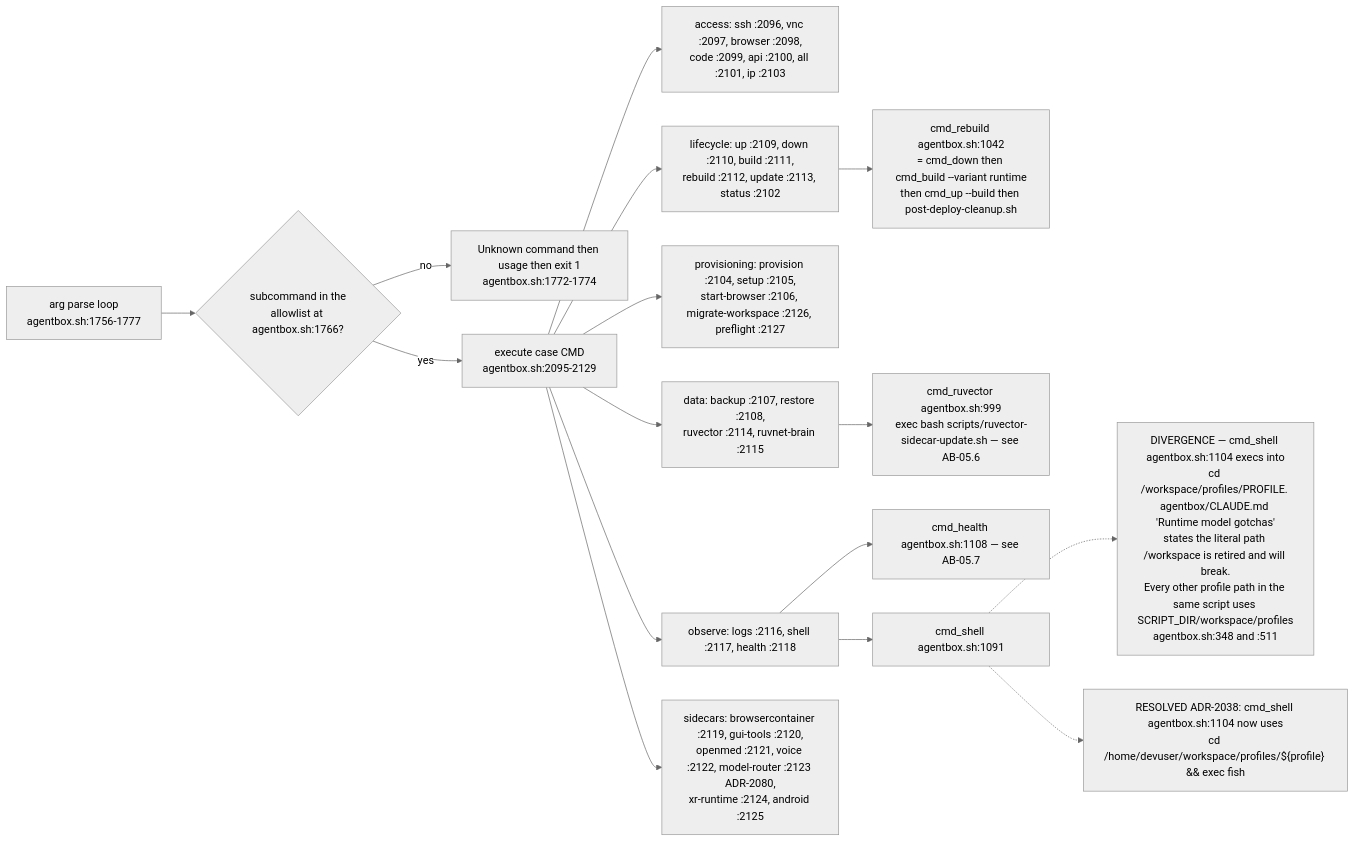
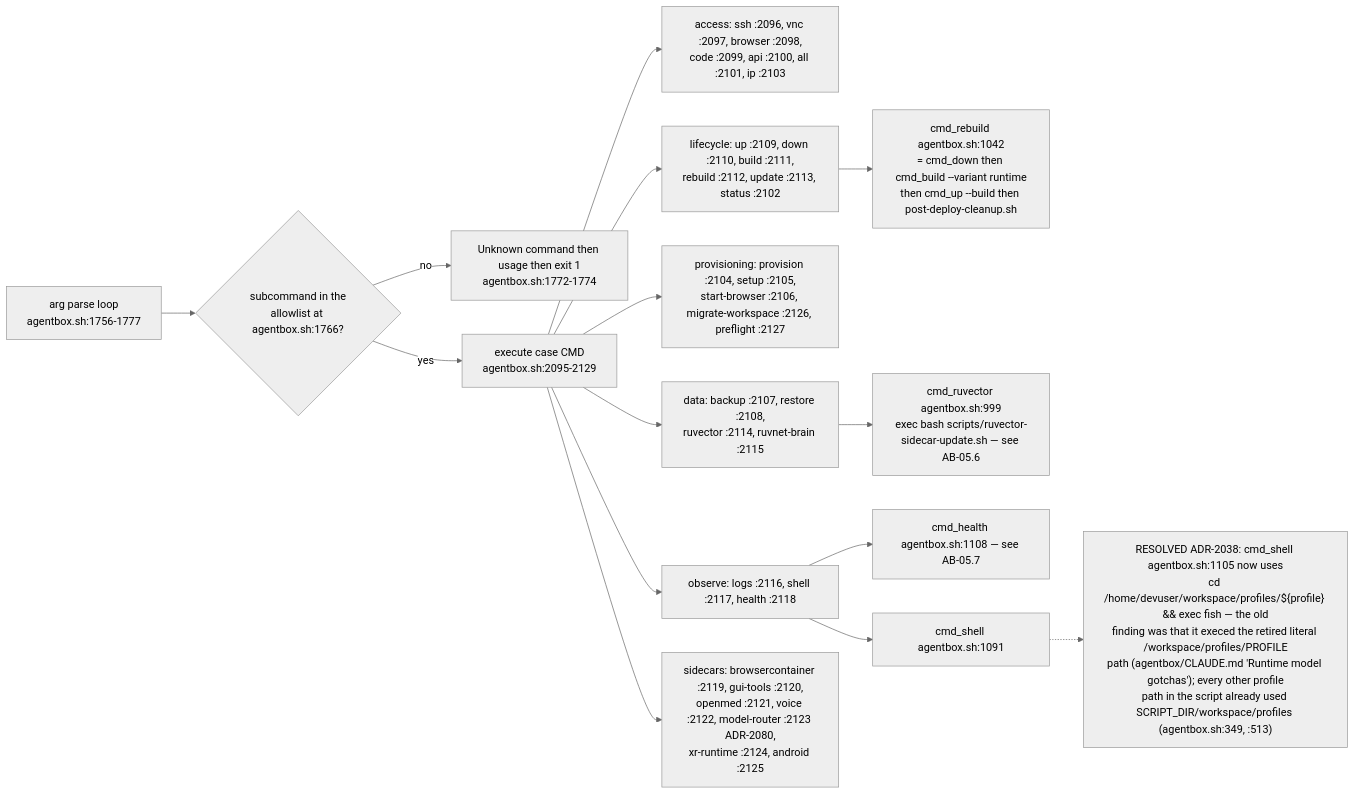
One commit to DreamLab-AI/VisionFlow changed the fifth of 12 diagrams in docs/diagrams/agentbox/05-manifest-gates-and-cli.md. Above: the diagram before and after it, drawn with Mermaid (neutral theme). The commit also changed other lines of this file and 185 other files, not shown here.

Commit message:
docs(estate): reconcile diagrams and ADRs with source and define closeout sprint

````diff
--- a/docs/diagrams/agentbox/05-manifest-gates-and-cli.md
+++ b/docs/diagrams/agentbox/05-manifest-gates-and-cli.md
@@ -133,18 +137,17 @@
 ```mermaid
 flowchart LR
     ARG["arg parse loop<br/>agentbox.sh:1756-1777"] --> AL{"subcommand in the<br/>allowlist at agentbox.sh:1766?"}
     AL -->|no| ERR["Unknown command then usage then exit 1<br/>agentbox.sh:1772-1774"]
     AL -->|yes| CASE["execute case CMD<br/>agentbox.sh:2095-2129"]
     CASE --> G1["access: ssh :2096, vnc :2097, browser :2098,<br/>code :2099, api :2100, all :2101, ip :2103"]
     CASE --> G2["lifecycle: up :2109, down :2110, build :2111,<br/>rebuild :2112, update :2113, status :2102"]
     CASE --> G3["provisioning: provision :2104, setup :2105,<br/>start-browser :2106, migrate-workspace :2126, preflight :2127"]
     CASE --> G4["data: backup :2107, restore :2108,<br/>ruvector :2114, ruvnet-brain :2115"]
     CASE --> G5["observe: logs :2116, shell :2117, health :2118"]
     CASE --> G6["sidecars: browsercontainer :2119, gui-tools :2120,<br/>openmed :2121, voice :2122, model-router :2123 ADR-2080,<br/>xr-runtime :2124, android :2125"]
     G2 --> RB["cmd_rebuild agentbox.sh:1042<br/>= cmd_down then cmd_build --variant runtime<br/>then cmd_up --build then post-deploy-cleanup.sh"]
     G4 --> RV["cmd_ruvector agentbox.sh:999<br/>exec bash scripts/ruvector-sidecar-update.sh — see AB-05.6"]
     G5 --> HL["cmd_health agentbox.sh:1108 — see AB-05.7"]
     G5 --> SH["cmd_shell agentbox.sh:1091"]
-    SH -.-> DIV1["DIVERGENCE — cmd_shell agentbox.sh:1104 execs into<br/>cd /workspace/profiles/PROFILE. agentbox/CLAUDE.md 'Runtime model gotchas'<br/>states the literal path /workspace is retired and will break.<br/>Every other profile path in the same script uses SCRIPT_DIR/workspace/profiles<br/>agentbox.sh:348 and :511"]
-    SH -.-> RES1["RESOLVED ADR-2038: cmd_shell agentbox.sh:1104 now uses<br/>cd /home/devuser/workspace/profiles/${profile} && exec fish"]
+    SH -.-> RES1["RESOLVED ADR-2038: cmd_shell agentbox.sh:1105 now uses<br/>cd /home/devuser/workspace/profiles/${profile} && exec fish — the old<br/>finding was that it execed the retired literal /workspace/profiles/PROFILE<br/>path (agentbox/CLAUDE.md 'Runtime model gotchas'); every other profile<br/>path in the script already used SCRIPT_DIR/workspace/profiles (agentbox.sh:349, :513)"]
 ```
````
